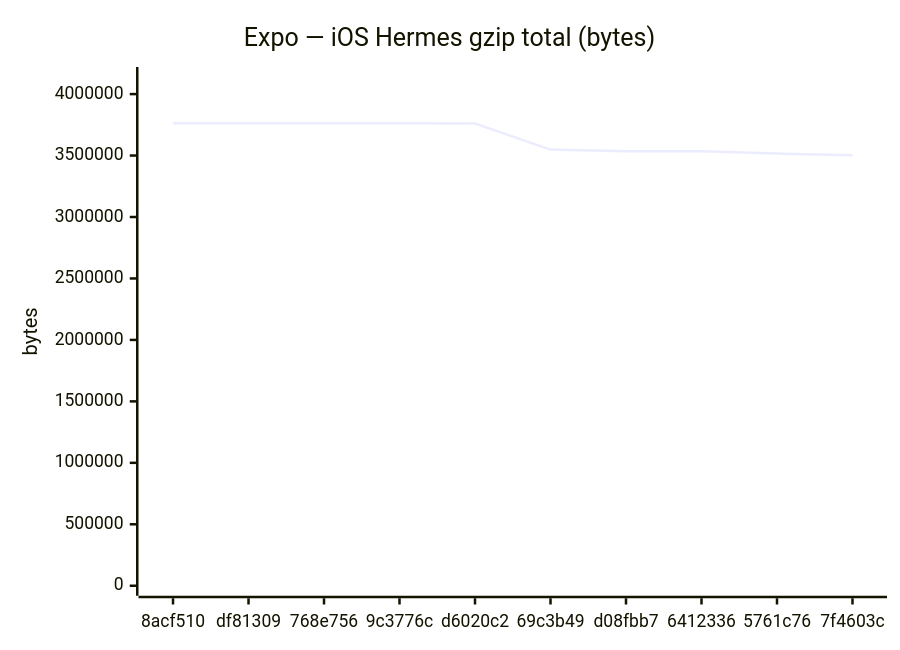
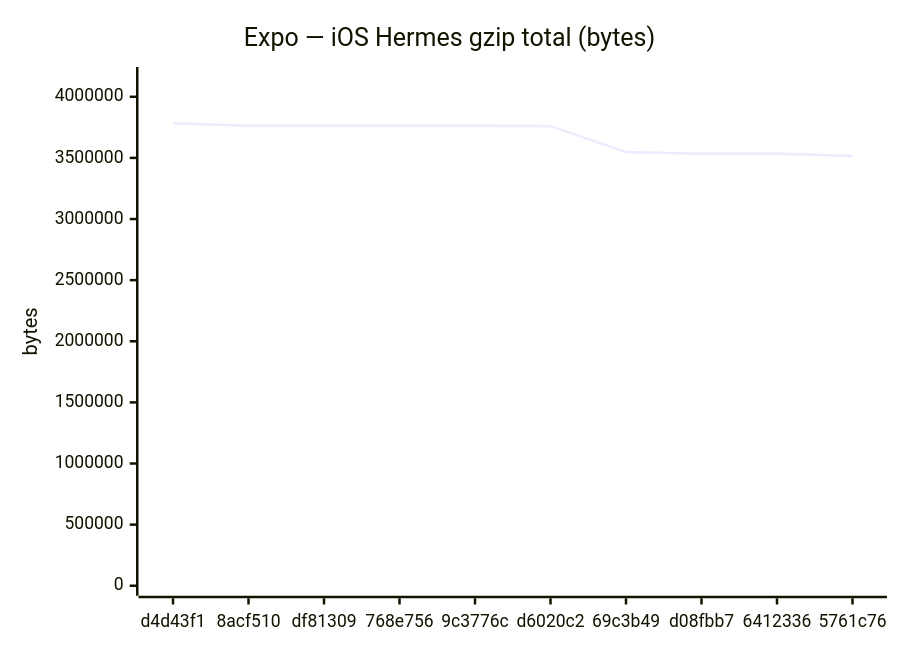
The sixth of 18 diagrams in benchmarks/compare.md (Metaheurist/Rianell), drawn with Mermaid before and after one commit. The commit also changed other lines of this file and 11 other files, not shown here.

````diff
--- a/benchmarks/compare.md
+++ b/benchmarks/compare.md
@@ -96,7 +96,7 @@
 ```mermaid
 xychart-beta
     title "Expo — iOS Hermes gzip total (bytes)"
-    x-axis ["8acf510", "df81309", "768e756", "9c3776c", "d6020c2", "69c3b49", "d08fbb7", "6412336", "5761c76", "7f4603c"]
-    y-axis "bytes" 0 --> 4139010
-    line [3762734, 3762736, 3762498, 3762733, 3759872, 3548602, 3534279, 3535273, 3515861, 3502937]
+    x-axis ["d4d43f1", "8acf510", "df81309", "768e756", "9c3776c", "d6020c2", "69c3b49", "d08fbb7", "6412336", "5761c76"]
+    y-axis "bytes" 0 --> 4161873
+    line [3783520, 3762734, 3762736, 3762498, 3762733, 3759872, 3548602, 3534279, 3535273, 3515861]
 ```
````
